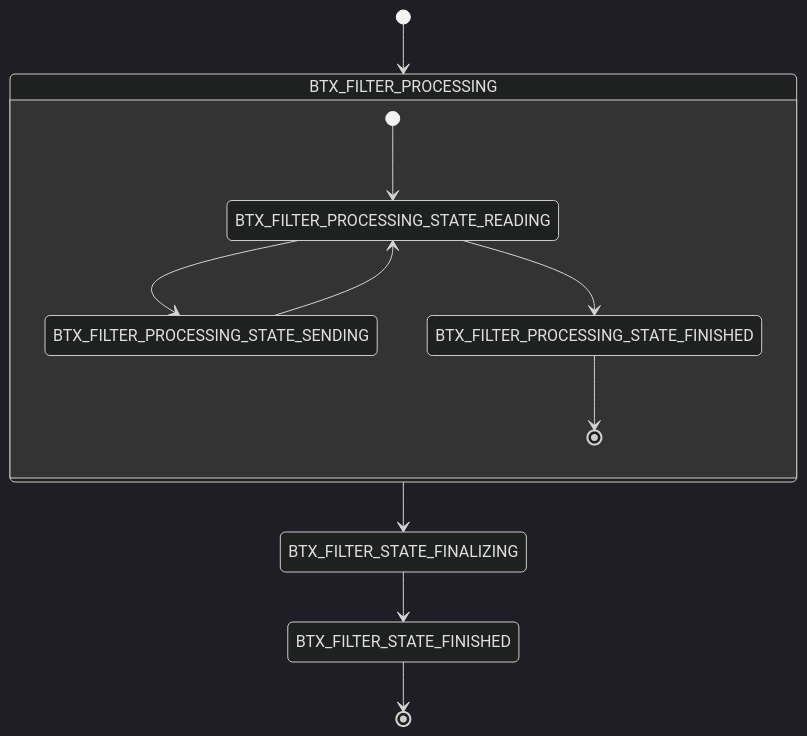
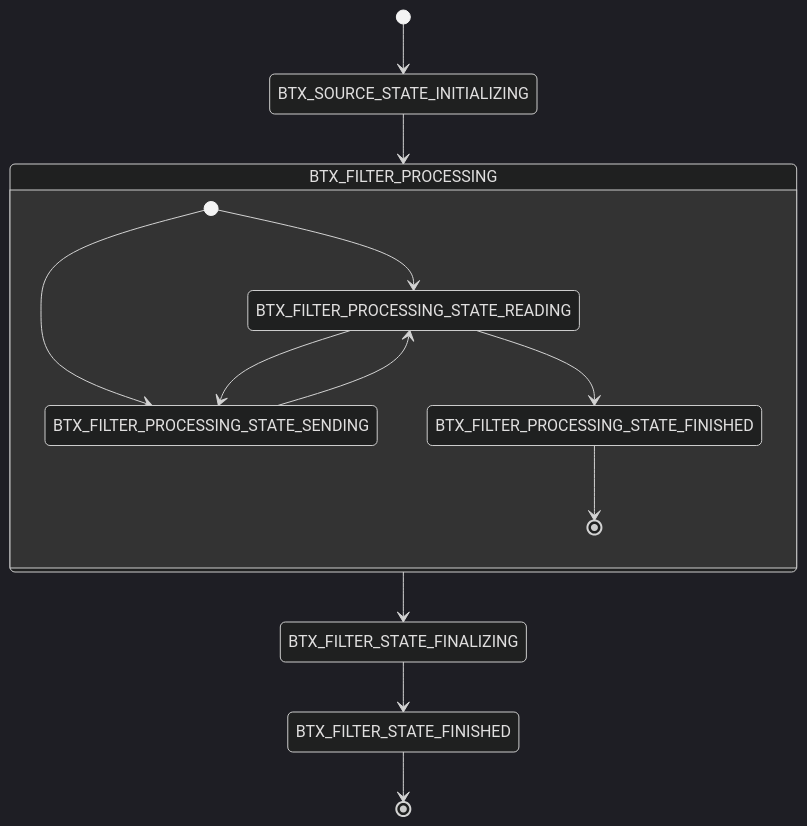
One commit to TApplencourt/metababel changed the second of 2 diagrams in README.md. Above: the diagram before and after it, drawn with Mermaid (dark theme).

Commit message:
better doc

````diff
--- a/README.md
+++ b/README.md
@@ -39,14 +39,16 @@
 ```mermaid
 stateDiagram-v2
-    [*] --> BTX_FILTER_PROCESSING
+    [*] --> BTX_SOURCE_STATE_INITIALIZING
+    BTX_SOURCE_STATE_INITIALIZING --> BTX_FILTER_PROCESSING
     state BTX_FILTER_PROCESSING {
         [*] --> BTX_FILTER_PROCESSING_STATE_READING
+        [*] --> BTX_FILTER_PROCESSING_STATE_SENDING
 	BTX_FILTER_PROCESSING_STATE_SENDING --> BTX_FILTER_PROCESSING_STATE_READING
     	BTX_FILTER_PROCESSING_STATE_READING --> BTX_FILTER_PROCESSING_STATE_SENDING
 	BTX_FILTER_PROCESSING_STATE_READING --> BTX_FILTER_PROCESSING_STATE_FINISHED
 	BTX_FILTER_PROCESSING_STATE_FINISHED --> [*]
     }
     BTX_FILTER_PROCESSING --> BTX_FILTER_STATE_FINALIZING
     BTX_FILTER_STATE_FINALIZING --> BTX_FILTER_STATE_FINISHED
     BTX_FILTER_STATE_FINISHED --> [*]
 ```
````
